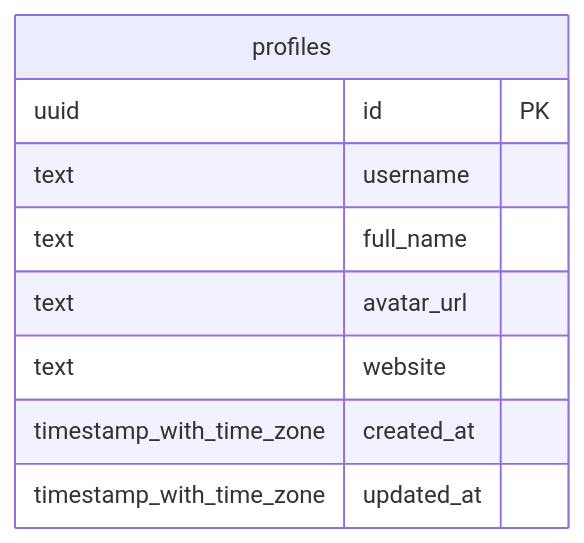
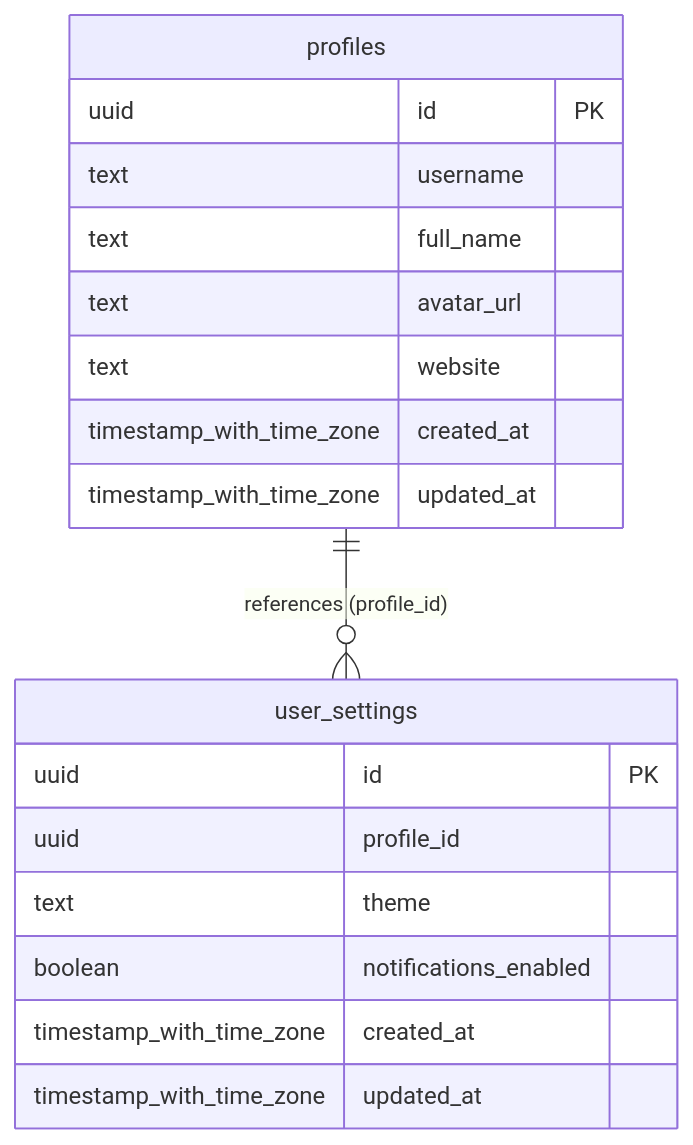
The diagram in docs/schema.md (AniruthKarthik/supabase-gitops), drawn with Mermaid before and after one commit. The commit also changed other lines of this file, not shown here.

Commit message:
docs(schema): update database schema docs and ER diagram

````diff
--- a/docs/schema.md
+++ b/docs/schema.md
@@ -7,12 +7,21 @@
 ```mermaid
 erDiagram
+    profiles ||--o{ user_settings : "references (profile_id)"
     profiles {
         uuid id PK
         text username
         text full_name
         text avatar_url
         text website
         timestamp_with_time_zone created_at
         timestamp_with_time_zone updated_at
     }
+    user_settings {
+        uuid id PK
+        uuid profile_id
+        text theme
+        boolean notifications_enabled
+        timestamp_with_time_zone created_at
+        timestamp_with_time_zone updated_at
+    }
 ```
````
